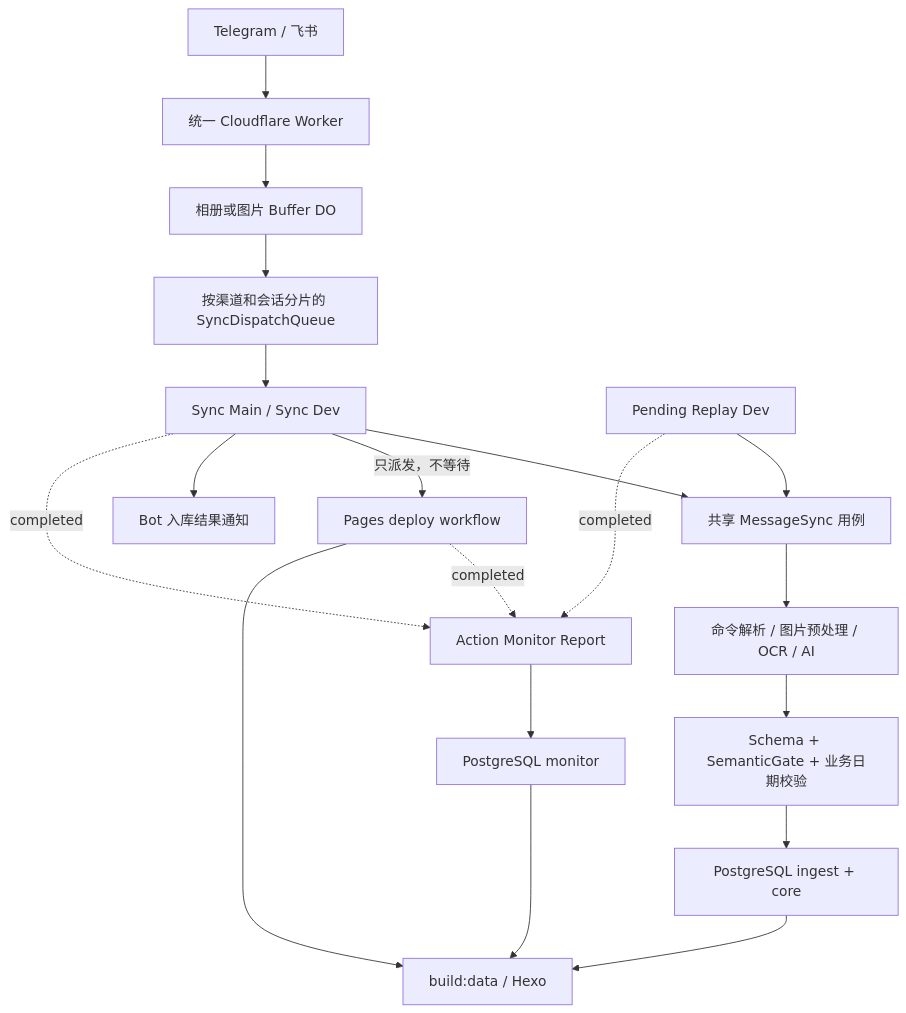
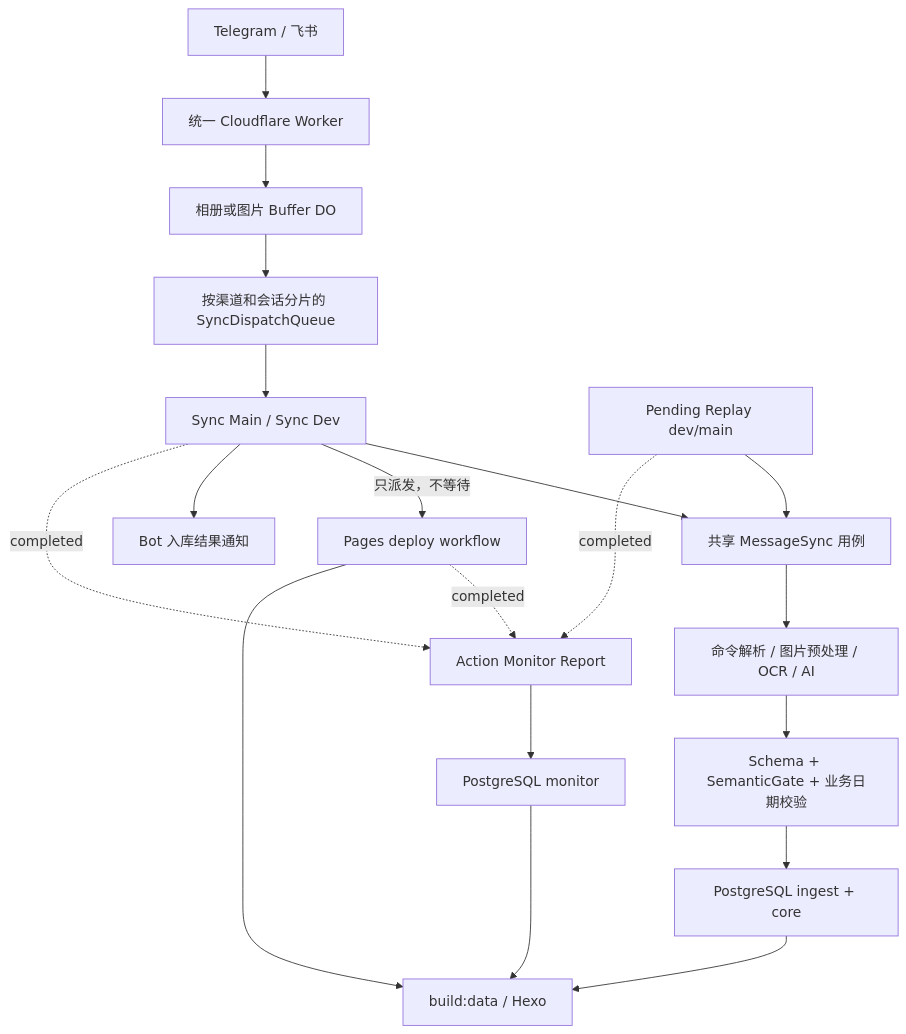
Before and after one commit to soulgo/training_records: the diagram in docs/02_系统核心逻辑/系统总览.md, drawn with Mermaid. The commit also changed other lines of this file and 26 other files, not shown here.

Commit message:
修复图片识别响应与失败恢复链路

````diff
--- a/docs/02_系统核心逻辑/系统总览.md
+++ b/docs/02_系统核心逻辑/系统总览.md
@@ -9,21 +9,21 @@
 ```mermaid
 flowchart TD
   A[Telegram / 飞书] --> B[统一 Cloudflare Worker]
   B --> C[相册或图片 Buffer DO]
   C --> D[按渠道和会话分片的 SyncDispatchQueue]
   D --> E[Sync Main / Sync Dev]
   E --> F[共享 MessageSync 用例]
   F --> G[命令解析 / 图片预处理 / OCR / AI]
   G --> H[Schema + SemanticGate + 业务日期校验]
   H --> I[PostgreSQL ingest + core]
   E -->|只派发，不等待| J[Pages deploy workflow]
   E --> K[Bot 入库结果通知]
   E -. completed .-> L[Action Monitor Report]
   J -. completed .-> L
-  M[Pending Replay Dev] --> F
+  M[Pending Replay dev/main] --> F
   M -. completed .-> L
   L --> N[PostgreSQL monitor]
   I --> O[build:data / Hexo]
   N --> O
   J --> O
 ```
````
